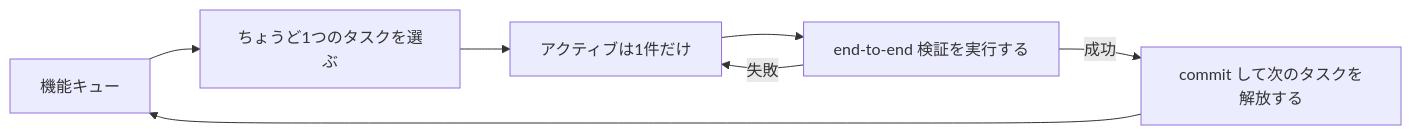
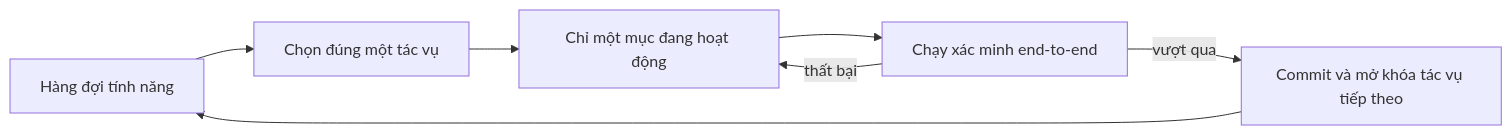
The first of 2 diagrams in docs/vi/lectures/lecture-07-why-agents-overreach-and-under-finish/index.md (mkusaka/learn-harness-engineering), drawn with Mermaid before and after one commit. The commit also changed other lines of this file and 684 other files, not shown here.

````diff
--- a/docs/vi/lectures/lecture-07-why-agents-overreach-and-under-finish/index.md
+++ b/docs/vi/lectures/lecture-07-why-agents-overreach-and-under-finish/index.md
@@ -33,9 +33,9 @@
 ```mermaid
 flowchart LR
-    Queue["機能キュー"] --> Pick["ちょうど1つのタスクを選ぶ"]
-    Pick --> Active["アクティブは1件だけ"]
-    Active --> Verify["end-to-end 検証を実行する"]
-    Verify -->|成功| Commit["commit して次のタスクを解放する"]
-    Verify -->|失敗| Active
+    Queue["Hàng đợi tính năng"] --> Pick["Chọn đúng một tác vụ"]
+    Pick --> Active["Chỉ một mục đang hoạt động"]
+    Active --> Verify["Chạy xác minh end-to-end"]
+    Verify -->|vượt qua| Commit["Commit và mở khóa tác vụ tiếp theo"]
+    Verify -->|thất bại| Active
     Commit --> Queue
 ```
````
